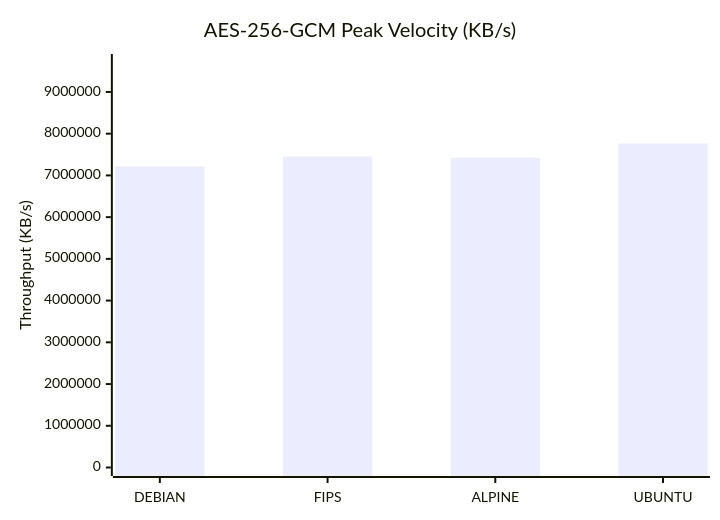
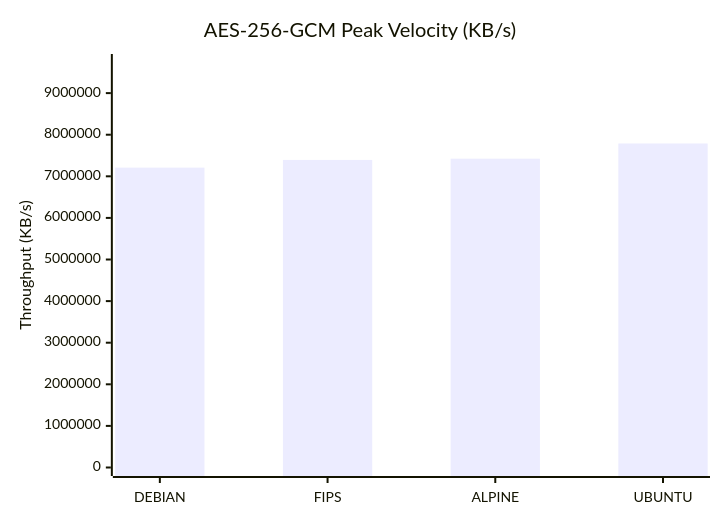
The first of 9 diagrams in docs/Comparison_Report.md (taha2samy/openssl_fips), drawn with Mermaid before and after one commit. The commit also changed other lines of this file and 2 other files, not shown here.

````diff
--- a/docs/Comparison_Report.md
+++ b/docs/Comparison_Report.md
@@ -56,7 +56,7 @@
 ```mermaid
 xychart-beta
     title "AES-256-GCM Peak Velocity (KB/s)"
     x-axis [DEBIAN, FIPS, ALPINE, UBUNTU]
-    y-axis "Throughput (KB/s)" 0 --> 9706055
-    bar [7215718.4, 7455277.06, 7422738.43, 7764844.54]
+    y-axis "Throughput (KB/s)" 0 --> 9736028
+    bar [7209074.69, 7394295.81, 7423336.45, 7788822.53]
 ```
````
